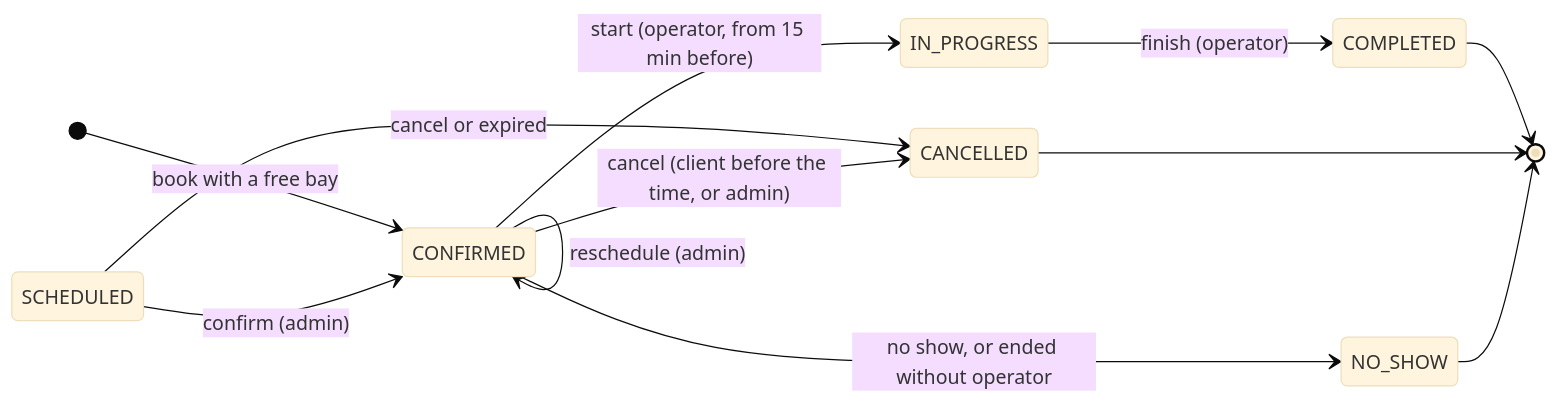
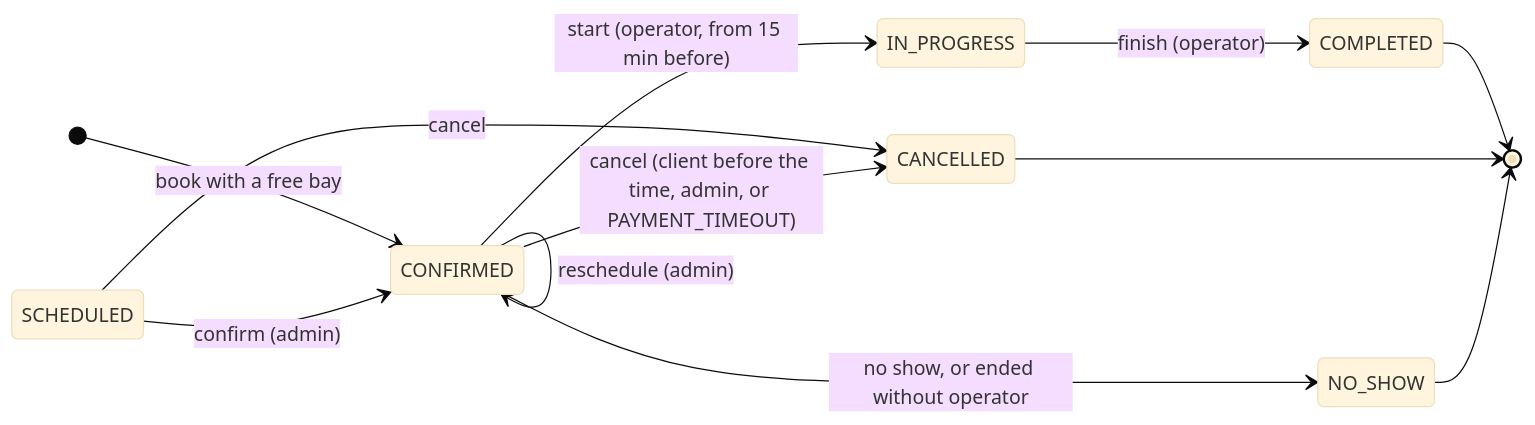
Before and after one commit to BrayanCABRERA123/lavarapido-docs: the second of 2 diagrams in 09_MANUALES/EN/MD/technical-manual.md, drawn with Mermaid (base theme). The commit also changed other lines of this file, not shown here.

````diff
--- a/09_MANUALES/EN/MD/technical-manual.md
+++ b/09_MANUALES/EN/MD/technical-manual.md
@@ -919,15 +920,15 @@
 ```mermaid
 stateDiagram-v2
     direction LR
     [*] --> CONFIRMED : book with a free bay
     SCHEDULED --> CONFIRMED : confirm (admin)
-    SCHEDULED --> CANCELLED : cancel or expired
+    SCHEDULED --> CANCELLED : cancel
     CONFIRMED --> CONFIRMED : reschedule (admin)
     CONFIRMED --> IN_PROGRESS : start (operator, from 15 min before)
-    CONFIRMED --> CANCELLED : cancel (client before the time, or admin)
+    CONFIRMED --> CANCELLED : cancel (client before the time, admin, or PAYMENT_TIMEOUT)
     CONFIRMED --> NO_SHOW : no show, or ended without operator
     IN_PROGRESS --> COMPLETED : finish (operator)
     COMPLETED --> [*]
     CANCELLED --> [*]
     NO_SHOW --> [*]
 ```
````
